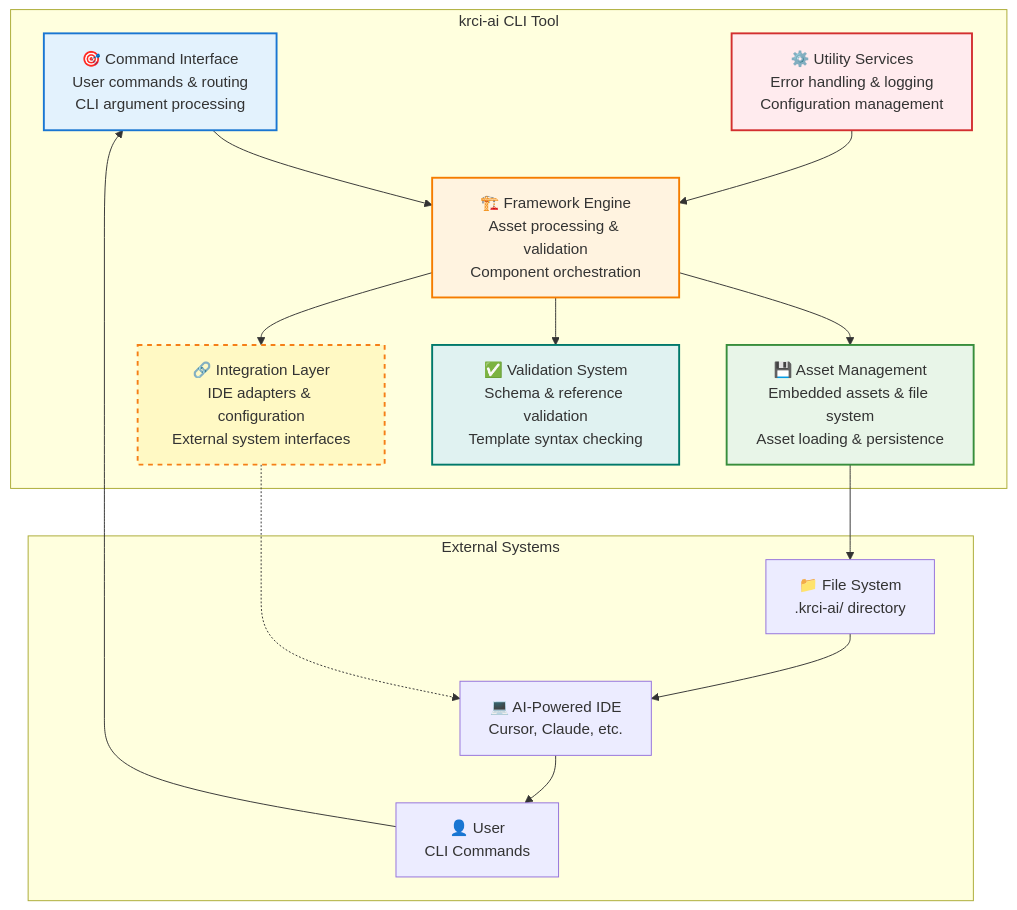
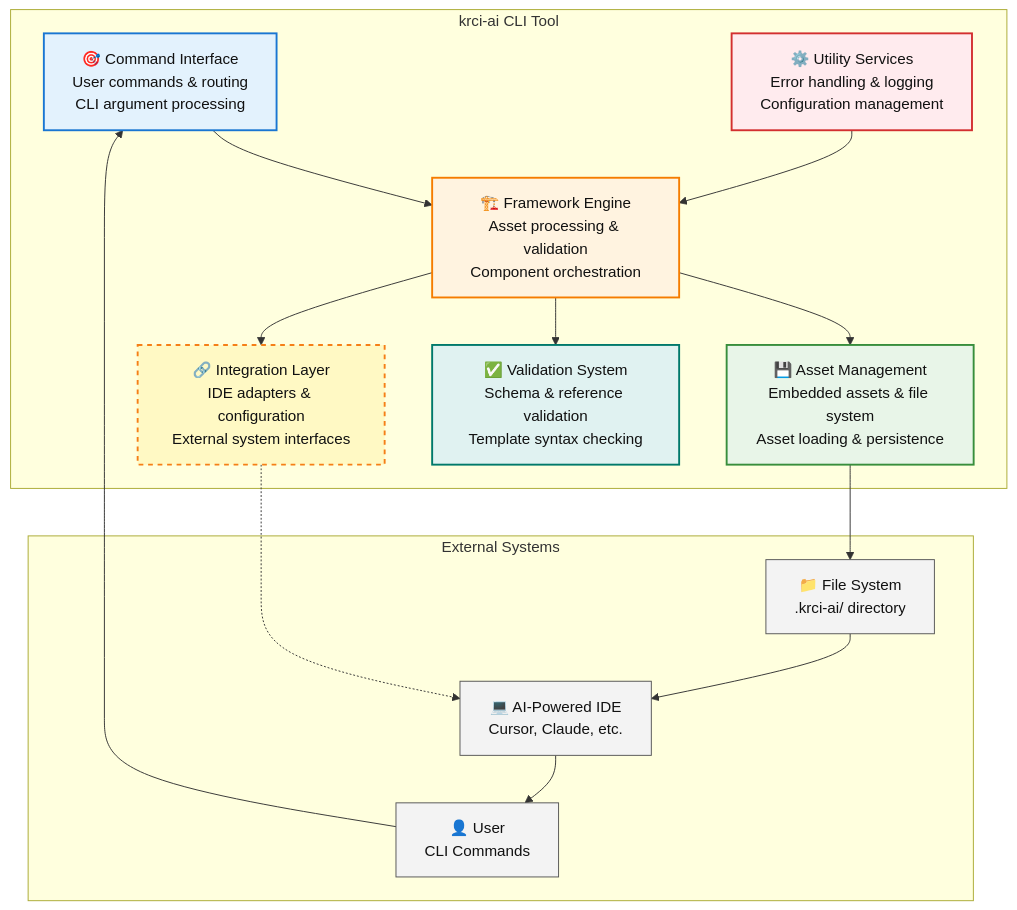
One commit to KubeRocketCI/kuberocketai changed the first of 2 diagrams in docs/architecture/05-components.md. Above: the diagram before and after it, drawn with Mermaid. The commit also changed other lines of this file and 6 other files, not shown here.

Commit message:
docs: Align mermaid to dark theme

````diff
--- a/docs/architecture/05-components.md
+++ b/docs/architecture/05-components.md
@@ -29,39 +29,42 @@
 ```mermaid
 graph TB
     subgraph "krci-ai CLI Tool"
         CLI["🎯 Command Interface<br/>User commands & routing<br/>CLI argument processing"]
         CORE["🏗️ Framework Engine<br/>Asset processing & validation<br/>Component orchestration"]
         STORAGE["💾 Asset Management<br/>Embedded assets & file system<br/>Asset loading & persistence"]
         VALIDATION["✅ Validation System<br/>Schema & reference validation<br/>Template syntax checking"]
         INTEGRATION["🔗 Integration Layer<br/>IDE adapters & configuration<br/>External system interfaces"]
         UTILITIES["⚙️ Utility Services<br/>Error handling & logging<br/>Configuration management"]
     end
 
     subgraph "External Systems"
         User["👤 User<br/>CLI Commands"]
         FileSystem["📁 File System<br/>.krci-ai/ directory"]
         IDE["💻 AI-Powered IDE<br/>Cursor, Claude, etc."]
     end
 
     %% Primary flows
     User --> CLI
     CLI --> CORE
     CORE --> STORAGE
     CORE --> VALIDATION
     CORE --> INTEGRATION
     UTILITIES --> CORE
 
     %% External interactions
     STORAGE --> FileSystem
     INTEGRATION -.-> IDE
     FileSystem --> IDE
     IDE --> User
 
     %% Styling
-    style CLI fill:#e3f2fd,stroke:#1976d2,stroke-width:2px
-    style CORE fill:#fff3e0,stroke:#f57c00,stroke-width:2px
-    style STORAGE fill:#e8f5e8,stroke:#388e3c,stroke-width:2px
-    style VALIDATION fill:#e0f2f1,stroke:#00796b,stroke-width:2px
-    style INTEGRATION fill:#fff9c4,stroke:#f57f17,stroke-width:2px,stroke-dasharray: 5 5
-    style UTILITIES fill:#ffebee,stroke:#d32f2f,stroke-width:2px
+    style CLI fill:#e3f2fd,stroke:#1976d2,stroke-width:2px,color:#111
+    style CORE fill:#fff3e0,stroke:#f57c00,stroke-width:2px,color:#111
+    style STORAGE fill:#e8f5e8,stroke:#388e3c,stroke-width:2px,color:#111
+    style VALIDATION fill:#e0f2f1,stroke:#00796b,stroke-width:2px,color:#111
+    style INTEGRATION fill:#fff9c4,stroke:#f57f17,stroke-width:2px,stroke-dasharray: 5 5,color:#111
+    style UTILITIES fill:#ffebee,stroke:#d32f2f,stroke-width:2px,color:#111
+    style User fill:#f3f3f3,stroke:#555555,stroke-width:1px,color:#111
+    style FileSystem fill:#f3f3f3,stroke:#555555,stroke-width:1px,color:#111
+    style IDE fill:#f3f3f3,stroke:#555555,stroke-width:1px,color:#111
 ```
````
